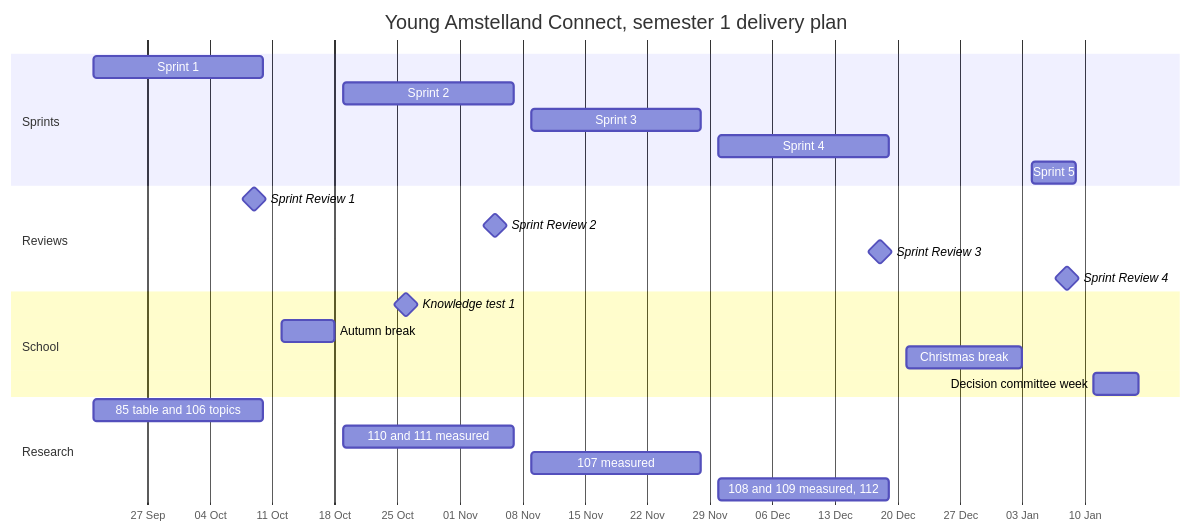
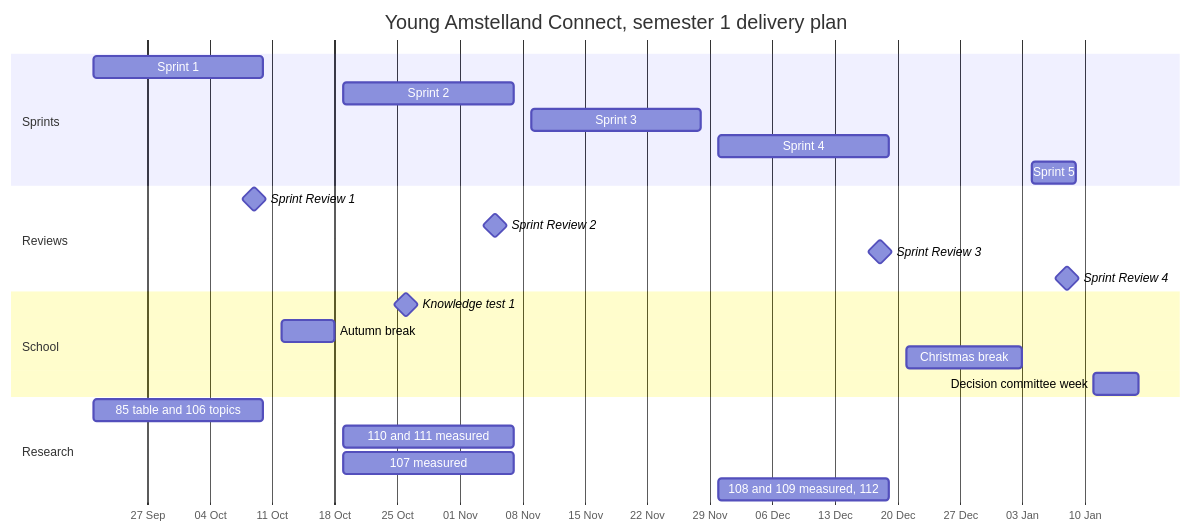
One commit to guruITA/connect-nine changed the diagram in docs/project/deliveryPlan.md. Above: the diagram before and after it, drawn with Mermaid. The commit also changed other lines of this file and 3 other files, not shown here.

````diff
--- a/docs/project/deliveryPlan.md
+++ b/docs/project/deliveryPlan.md
@@ -295,31 +297,31 @@
 ```mermaid
 gantt
     title Young Amstelland Connect, semester 1 delivery plan
     dateFormat YYYY-MM-DD
     axisFormat %d %b
 
     section Sprints
     Sprint 1                       :s1, 2026-09-21, 2026-10-10
     Sprint 2                       :s2, 2026-10-19, 2026-11-07
     Sprint 3                       :s3, 2026-11-09, 2026-11-28
     Sprint 4                       :s4, 2026-11-30, 2026-12-19
     Sprint 5                       :s5, 2027-01-04, 2027-01-09
 
     section Reviews
     Sprint Review 1                :milestone, sr1, 2026-10-09, 0d
     Sprint Review 2                :milestone, sr2, 2026-11-05, 0d
     Sprint Review 3                :milestone, sr3, 2026-12-18, 0d
     Sprint Review 4                :milestone, sr4, 2027-01-08, 0d
 
     section School
     Knowledge test 1               :milestone, kt1, 2026-10-26, 0d
     Autumn break                   :ab, 2026-10-12, 2026-10-18
     Christmas break                :cb, 2026-12-21, 2027-01-03
     Decision committee week        :dc, 2027-01-11, 2027-01-16
 
     section Research
     85 table and 106 topics     :r1, 2026-09-21, 2026-10-10
     110 and 111 measured           :r2, 2026-10-19, 2026-11-07
-    107 measured                   :r3, 2026-11-09, 2026-11-28
+    107 measured                   :r3, 2026-10-19, 2026-11-07
     108 and 109 measured, 112     :r4, 2026-11-30, 2026-12-19
 ```
````
